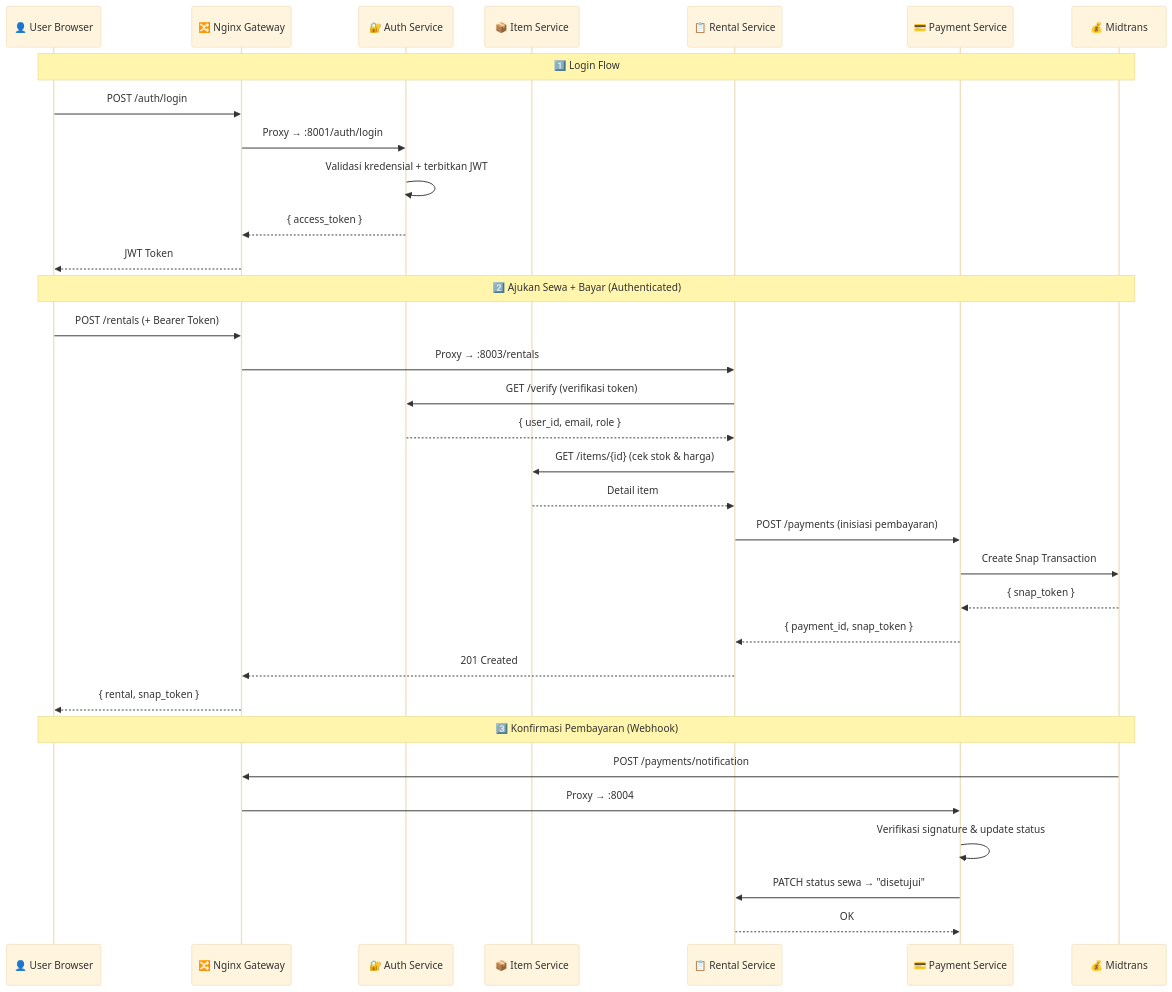
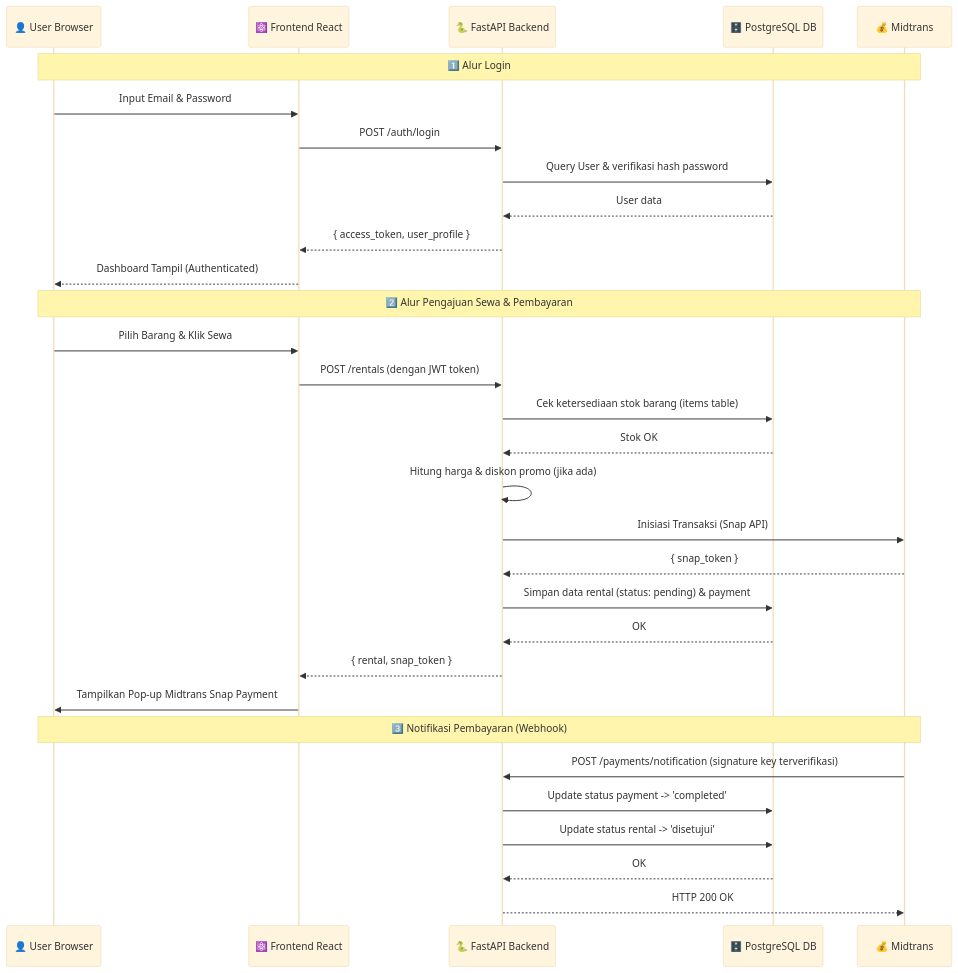
Before and after one commit to aidilsaputrakirsan-classroom/cc-kelompok-harahetta-2: the second of 4 diagrams in README.md, drawn with Mermaid (base theme). The commit also changed other lines of this file and 1 other file, not shown here.

````diff
--- a/README.md
+++ b/README.md
@@ -289,38 +224,36 @@
 ```mermaid
 sequenceDiagram
     participant U as 👤 User Browser
-    participant GW as 🔀 Nginx Gateway
-    participant Auth as 🔐 Auth Service
-    participant Item as 📦 Item Service
-    participant Rental as 📋 Rental Service
-    participant Pay as 💳 Payment Service
+    participant FE as ⚛️ Frontend React
+    participant BE as 🐍 FastAPI Backend
+    participant DB as 🗄️ PostgreSQL DB
     participant MT as 💰 Midtrans
 
-    Note over U,MT: 1️⃣ Login Flow
-    U->>GW: POST /auth/login
-    GW->>Auth: Proxy → :8001/auth/login
-    Auth->>Auth: Validasi kredensial + terbitkan JWT
-    Auth-->>GW: { access_token }
-    GW-->>U: JWT Token
+    Note over U,MT: 1️⃣ Alur Login
+    U->>FE: Input Email & Password
+    FE->>BE: POST /auth/login
+    BE->>DB: Query User & verifikasi hash password
+    DB-->>BE: User data
+    BE-->>FE: { access_token, user_profile }
+    FE-->>U: Dashboard Tampil (Authenticated)
 
-    Note over U,MT: 2️⃣ Ajukan Sewa + Bayar (Authenticated)
-    U->>GW: POST /rentals (+ Bearer Token)
-    GW->>Rental: Proxy → :8003/rentals
-    Rental->>Auth: GET /verify (verifikasi token)
-    Auth-->>Rental: { user_id, email, role }
-    Rental->>Item: GET /items/{id} (cek stok & harga)
-    Item-->>Rental: Detail item
-    Rental->>Pay: POST /payments (inisiasi pembayaran)
-    Pay->>MT: Create Snap Transaction
-    MT-->>Pay: { snap_token }
-    Pay-->>Rental: { payment_id, snap_token }
-    Rental-->>GW: 201 Created
-    GW-->>U: { rental, snap_token }
+    Note over U,MT: 2️⃣ Alur Pengajuan Sewa & Pembayaran
+    U->>FE: Pilih Barang & Klik Sewa
+    FE->>BE: POST /rentals (dengan JWT token)
+    BE->>DB: Cek ketersediaan stok barang (items table)
+    DB-->>BE: Stok OK
+    BE->>BE: Hitung harga & diskon promo (jika ada)
+    BE->>MT: Inisiasi Transaksi (Snap API)
+    MT-->>BE: { snap_token }
+    BE->>DB: Simpan data rental (status: pending) & payment
+    DB-->>BE: OK
+    BE-->>FE: { rental, snap_token }
+    FE->>U: Tampilkan Pop-up Midtrans Snap Payment
 
-    Note over U,MT: 3️⃣ Konfirmasi Pembayaran (Webhook)
-    MT->>GW: POST /payments/notification
-    GW->>Pay: Proxy → :8004
-    Pay->>Pay: Verifikasi signature & update status
-    Pay->>Rental: PATCH status sewa → "disetujui"
-    Rental-->>Pay: OK
+    Note over U,MT: 3️⃣ Notifikasi Pembayaran (Webhook)
+    MT->>BE: POST /payments/notification (signature key terverifikasi)
+    BE->>DB: Update status payment -> 'completed'
+    BE->>DB: Update status rental -> 'disetujui'
+    DB-->>BE: OK
+    BE-->>MT: HTTP 200 OK
 ```
````
